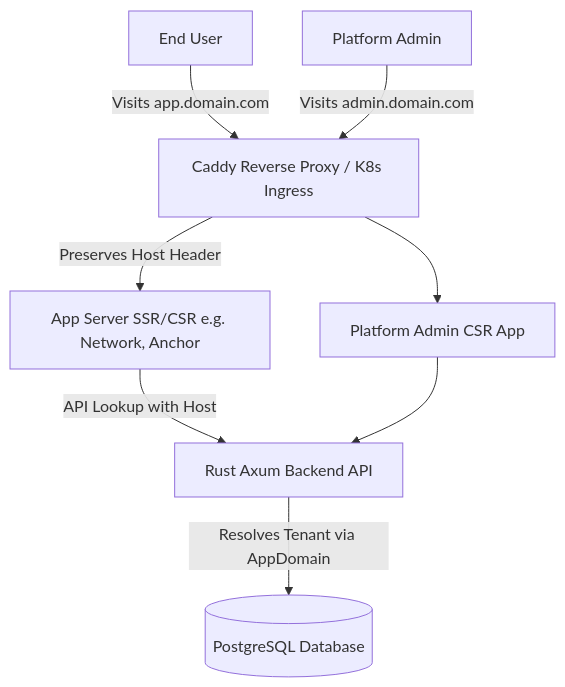
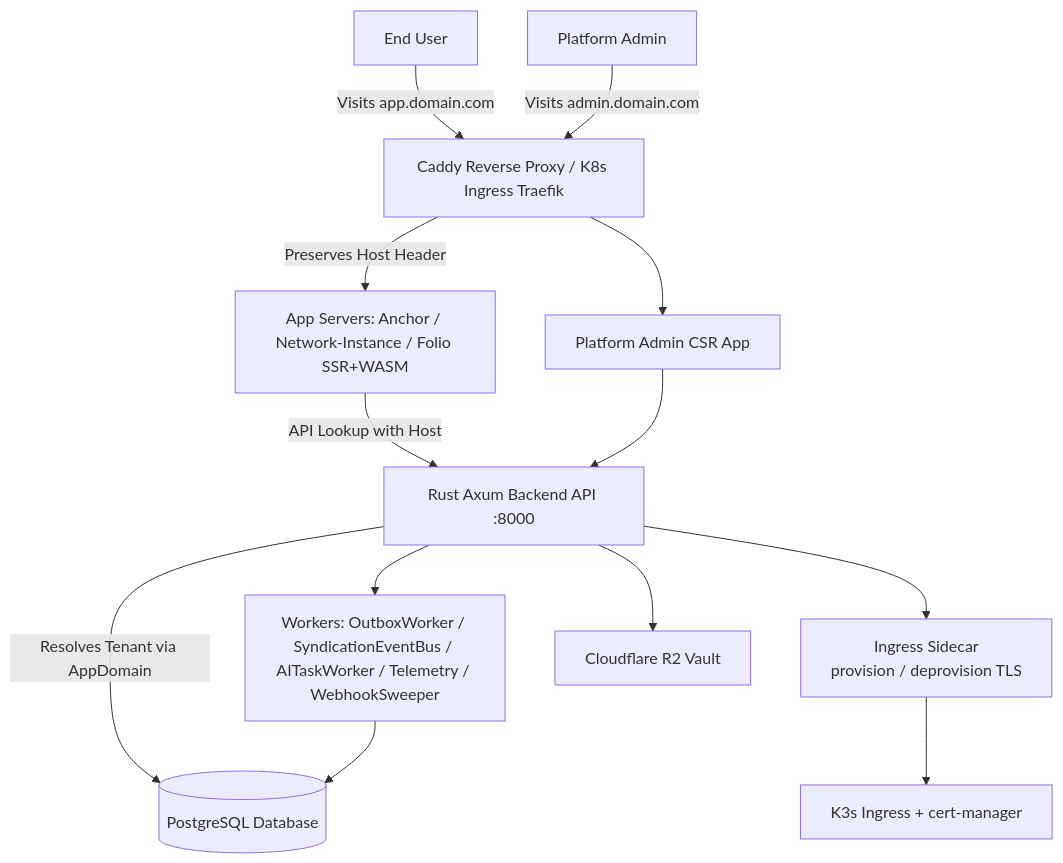
Before and after one commit to ruuderie/atlas-platform: the diagram in docs/architecture/diagrams/deployment_architecture.mmd, drawn with Mermaid. The commit also changed 12 other files, not shown here.

First line of the commit message:
docs: sync CURRENT_STATE Rev 11 and architecture registry

```diff
--- a/docs/architecture/diagrams/deployment_architecture.mmd
+++ b/docs/architecture/diagrams/deployment_architecture.mmd
@@ -1,8 +1,13 @@
 graph TD
-    User[End User] -->|Visits app.domain.com| Proxy[Caddy Reverse Proxy / K8s Ingress]
-    Proxy -->|Preserves Host Header| AppInst[App Server SSR/CSR e.g. Network, Anchor]
-    AppInst -->|API Lookup with Host| Backend[Rust Axum Backend API]
+    User[End User] -->|Visits app.domain.com| Proxy[Caddy Reverse Proxy / K8s Ingress Traefik]
+    Proxy -->|Preserves Host Header| AppInst[App Servers: Anchor / Network-Instance / Folio SSR+WASM]
+    AppInst -->|API Lookup with Host| Backend[Rust Axum Backend API :8000]
     Backend -->|Resolves Tenant via AppDomain| DB[(PostgreSQL Database)]
     Admin[Platform Admin] -->|Visits admin.domain.com| Proxy
     Proxy --> AdminApp[Platform Admin CSR App]
     AdminApp --> Backend
+    Backend --> Workers[Workers: OutboxWorker / SyndicationEventBus / AITaskWorker / Telemetry / WebhookSweeper]
+    Workers --> DB
+    Backend --> IngressSidecar[Ingress Sidecar\nprovision / deprovision TLS]
+    IngressSidecar --> K8s[K3s Ingress + cert-manager]
+    Backend --> R2[Cloudflare R2 Vault]
```
